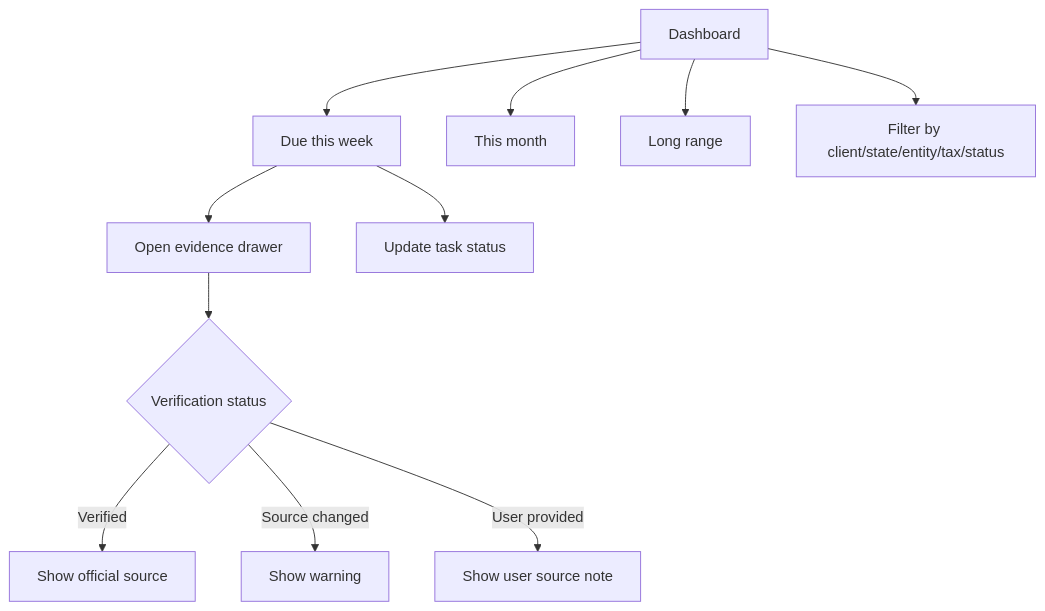
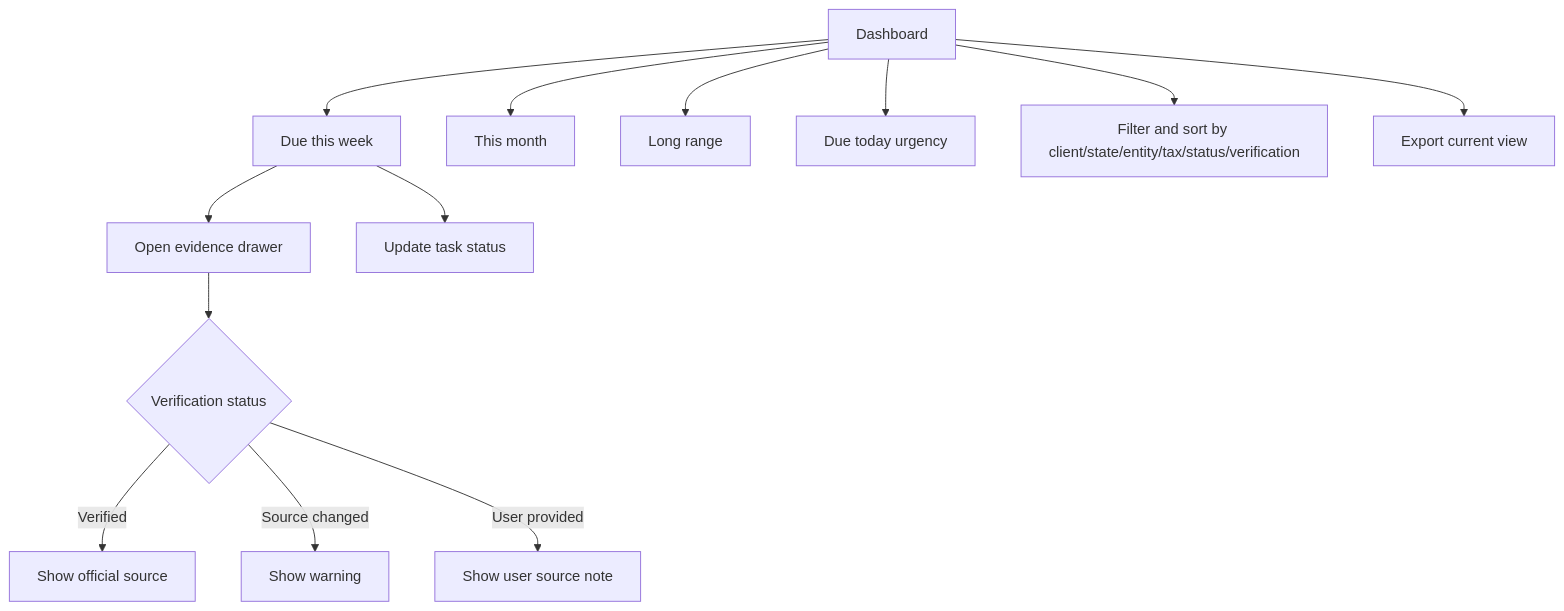
One commit to Yessenia-d/DueDateHQ changed the diagram in specs/monday-triage-dashboard.md. Above: the diagram before and after it, drawn with Mermaid. The commit also changed other lines of this file and 36 other files, not shown here.

````diff
--- a/specs/monday-triage-dashboard.md
+++ b/specs/monday-triage-dashboard.md
@@ -18,13 +19,15 @@
 ```mermaid
 flowchart TD
   A[Dashboard] --> B[Due this week]
   A --> C[This month]
   A --> D[Long range]
+  A --> L[Due today urgency]
   B --> E[Open evidence drawer]
   B --> F[Update task status]
-  A --> G[Filter by client/state/entity/tax/status]
+  A --> G[Filter and sort by client/state/entity/tax/status/verification]
   E --> H{Verification status}
   H -- Verified --> I[Show official source]
   H -- Source changed --> J[Show warning]
   H -- User provided --> K[Show user source note]
+  A --> M[Export current view]
 ```
````
